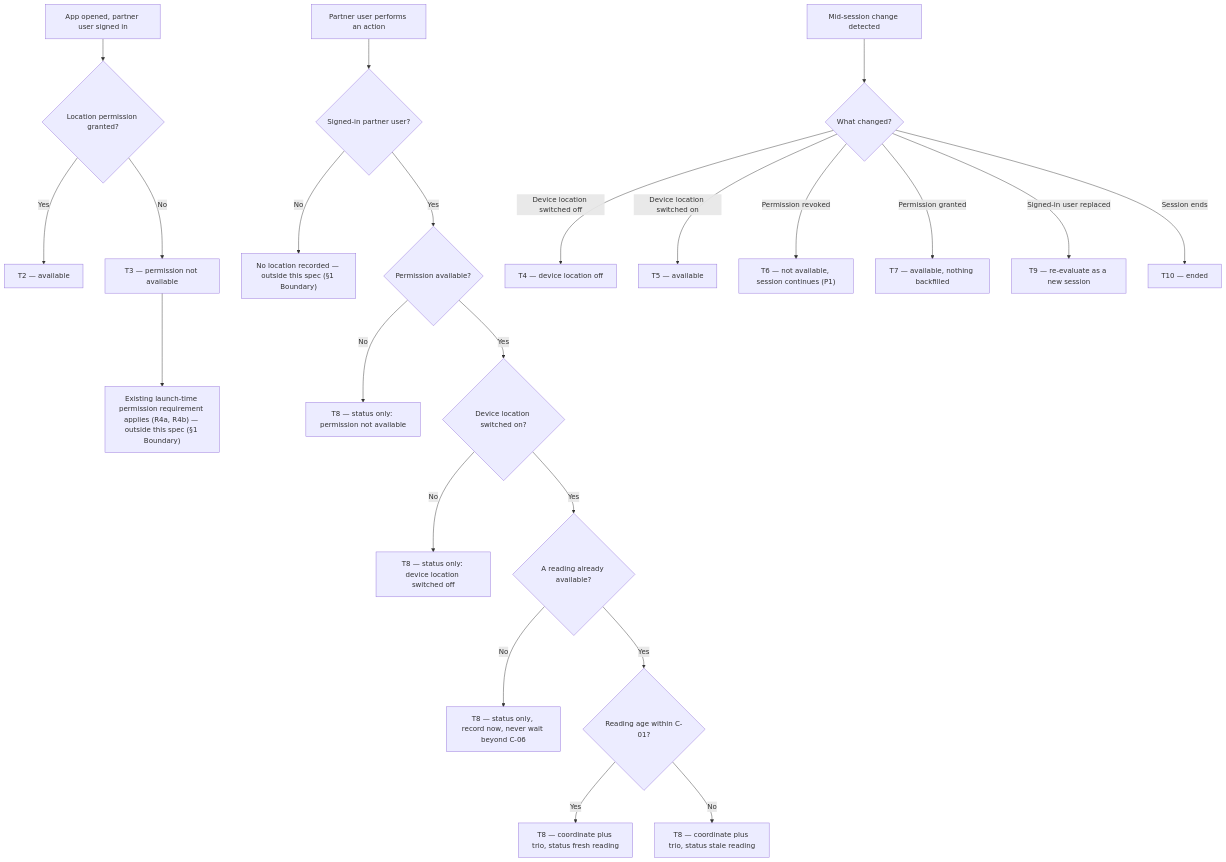
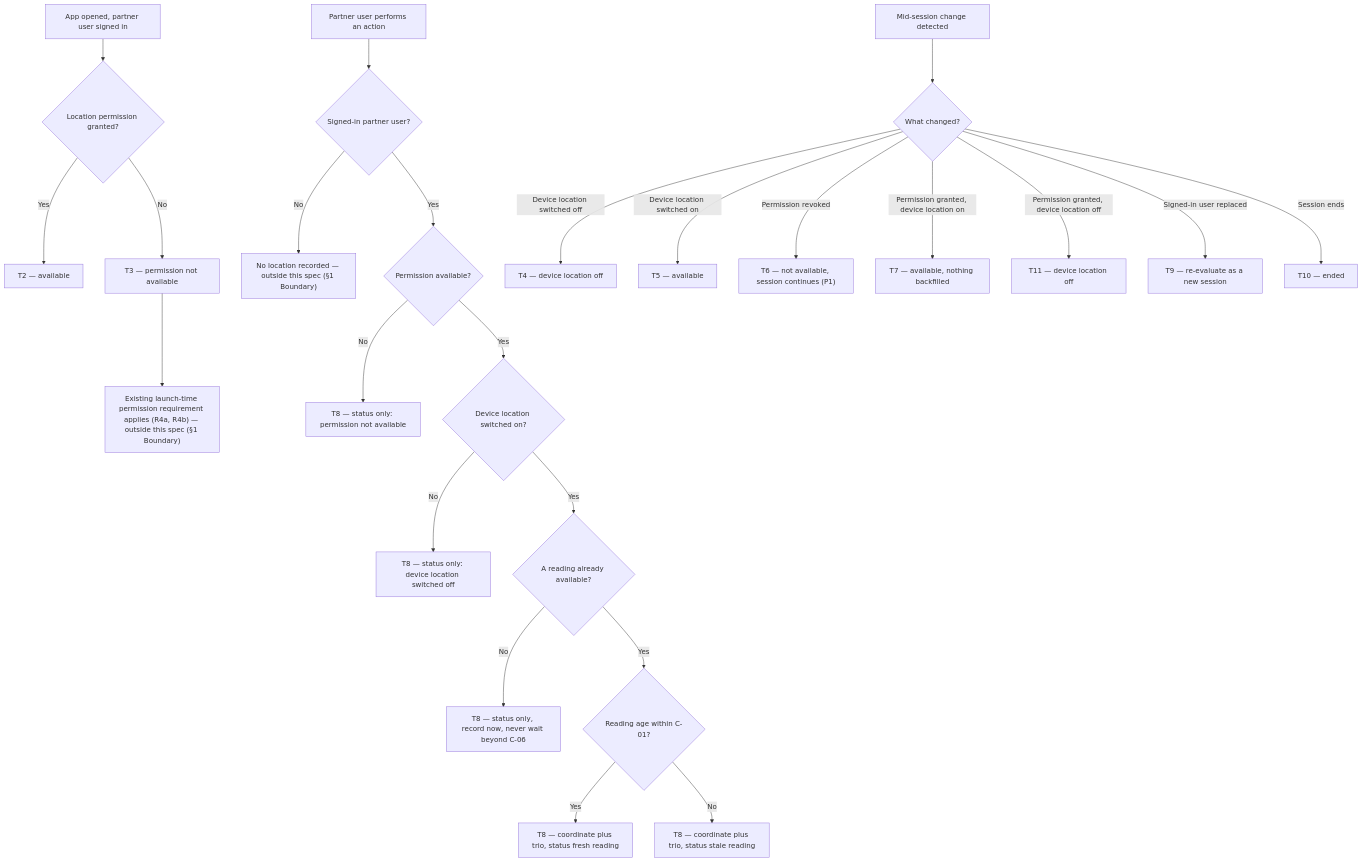
The diagram in Partner_Action_Location_PRD.md (ashish-raj-wiom/partner-action-location), drawn with Mermaid before and after one commit. The commit also changed other lines of this file and 2 other files, not shown here.

````diff
--- a/Partner_Action_Location_PRD.md
+++ b/Partner_Action_Location_PRD.md
@@ -57,27 +57,28 @@
 ```mermaid
 flowchart TD
     A["App opened, partner user signed in"] --> B{"Location permission granted?"}
     B -- "Yes" --> C["T2 — available"]
     B -- "No" --> D["T3 — permission not available"]
     D --> E["Existing launch-time permission requirement applies (R4a, R4b) — outside this spec (§1 Boundary)"]
 
     F["Partner user performs an action"] --> G{"Signed-in partner user?"}
     G -- "No" --> H["No location recorded — outside this spec (§1 Boundary)"]
     G -- "Yes" --> I{"Permission available?"}
     I -- "No" --> J["T8 — status only: permission not available"]
     I -- "Yes" --> K{"Device location switched on?"}
     K -- "No" --> L["T8 — status only: device location switched off"]
     K -- "Yes" --> M{"A reading already available?"}
     M -- "No" --> N["T8 — status only, record now, never wait beyond C-06"]
     M -- "Yes" --> O{"Reading age within C-01?"}
     O -- "Yes" --> P["T8 — coordinate plus trio, status fresh reading"]
     O -- "No" --> Q["T8 — coordinate plus trio, status stale reading"]
 
     R["Mid-session change detected"] --> S{"What changed?"}
     S -- "Device location switched off" --> T1N["T4 — device location off"]
     S -- "Device location switched on" --> T2N["T5 — available"]
     S -- "Permission revoked" --> T3N["T6 — not available, session continues (P1)"]
-    S -- "Permission granted" --> T4N["T7 — available, nothing backfilled"]
+    S -- "Permission granted, device location on" --> T4N["T7 — available, nothing backfilled"]
+    S -- "Permission granted, device location off" --> T7N["T11 — device location off"]
     S -- "Signed-in user replaced" --> T5N["T9 — re-evaluate as a new session"]
     S -- "Session ends" --> T6N["T10 — ended"]
 ```
````
